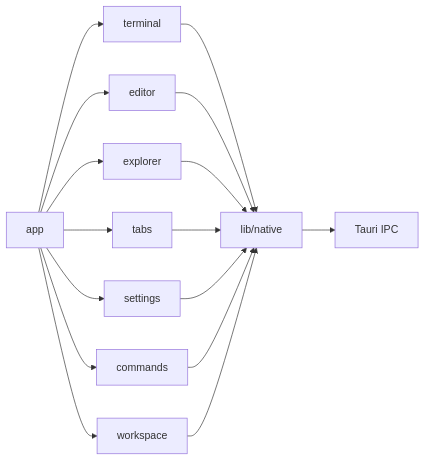
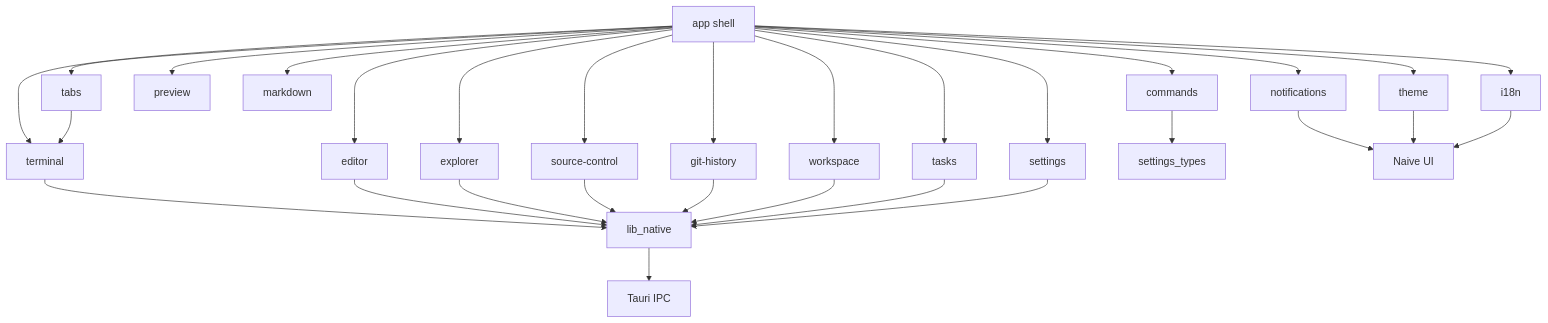
The second of 3 diagrams in docs/architecture/overview.md (xinggaoya/nexterm), drawn with Mermaid before and after one commit. The commit also changed other lines of this file and 25 other files, not shown here.

````diff
--- a/docs/architecture/overview.md
+++ b/docs/architecture/overview.md
@@ -64,20 +74,34 @@
 ```mermaid
-graph LR
-    A[app] --> B[terminal]
-    A --> C[editor]
-    A --> D[explorer]
-    A --> E[tabs]
-    A --> F[settings]
-    A --> G[commands]
-    A --> H[workspace]
-    
-    B --> I[lib/native]
-    C --> I
-    D --> I
-    E --> I
-    F --> I
-    G --> I
-    H --> I
-    
-    I --> J[Tauri IPC]
+graph TB
+    app[app shell] --> terminal
+    app --> editor
+    app --> explorer
+    app --> source-control
+    app --> git-history
+    app --> tabs
+    app --> settings
+    app --> commands
+    app --> workspace
+    app --> tasks
+    app --> preview
+    app --> markdown
+    app --> notifications
+    app --> theme
+    app --> i18n
+
+    terminal --> lib_native
+    editor --> lib_native
+    explorer --> lib_native
+    source-control --> lib_native
+    git-history --> lib_native
+    tabs --> terminal
+    commands --> settings_types
+    workspace --> lib_native
+    tasks --> lib_native
+    settings --> lib_native
+
+    lib_native --> tauri_ipc[Tauri IPC]
+    notifications --> naive[Naive UI]
+    theme --> naive
+    i18n --> naive
 ```
````
